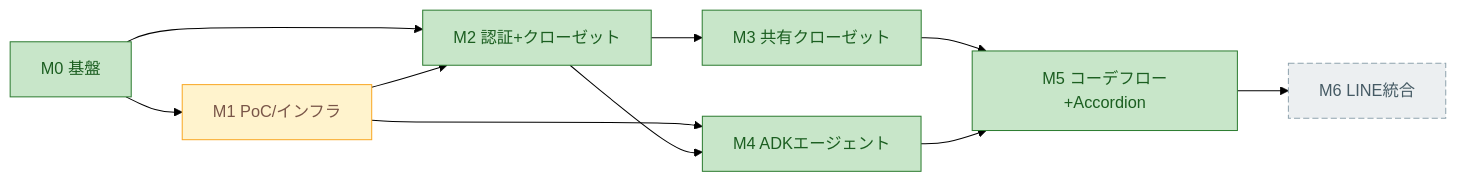
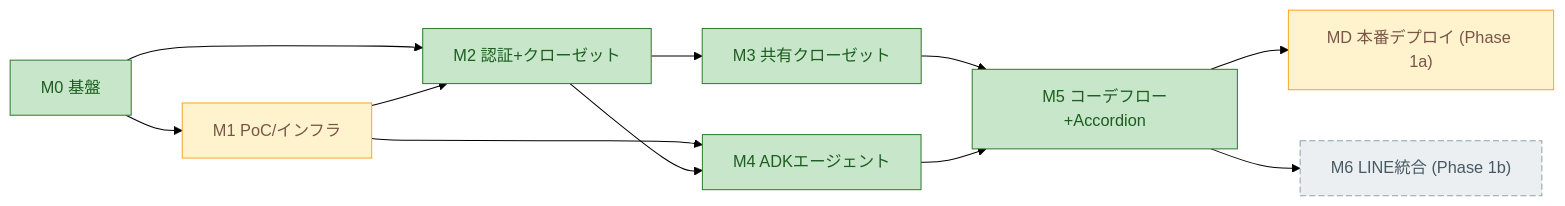
The eighth of 8 diagrams in docs/architecture-overview.md (RanArino/gen-fashion), drawn with Mermaid (forest theme) before and after one commit. The commit also changed other lines of this file and 2 other files, not shown here.

````diff
--- a/docs/architecture-overview.md
+++ b/docs/architecture-overview.md
@@ -321,18 +322,19 @@
 ```mermaid
 flowchart LR
   M0["M0 基盤"] --> M1["M1 PoC/インフラ"]
   M0 --> M2["M2 認証+クローゼット"]
   M1 --> M2
   M2 --> M3["M3 共有クローゼット"]
   M1 --> M4["M4 ADKエージェント"]
   M2 --> M4
   M3 --> M5["M5 コーデフロー+Accordion"]
   M4 --> M5
-  M5 --> M6["M6 LINE統合"]
+  M5 --> MD["MD 本番デプロイ (Phase 1a)"]
+  M5 --> M6["M6 LINE統合 (Phase 1b)"]
 
   classDef done fill:#c8e6c9,stroke:#2e7d32,color:#1b5e20;
   classDef wip fill:#fff3cd,stroke:#f9a825,color:#795548;
   classDef stub fill:#ffe0b2,stroke:#e65100,color:#bf360c,stroke-dasharray:5 3;
   classDef todo fill:#eceff1,stroke:#90a4ae,color:#455a64,stroke-dasharray:6 3;
-  class M0,M2,M3,M4,M5 done; class M1 wip; class M6 todo;
+  class M0,M2,M3,M4,M5 done; class M1,MD wip; class M6 todo;
 ```
````
